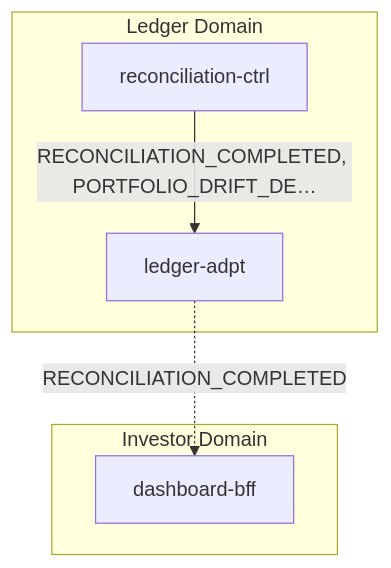
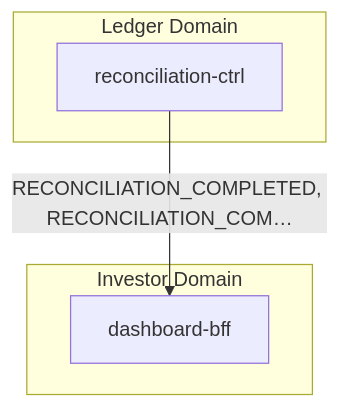
One commit to fabio-vitali/nestfolio changed the first of 2 diagrams in docs/data-flows/reconciliation.md. Above: the diagram before and after it, drawn with Mermaid. The commit also changed other lines of this file and 19 other files, not shown here.

First line of the commit message:
docs(flows): update flow specs and schema for pull model adapter routing

````diff
--- a/docs/data-flows/reconciliation.md
+++ b/docs/data-flows/reconciliation.md
@@ -11,12 +11,10 @@
 ```mermaid
 flowchart TD
     subgraph ledger["Ledger Domain"]
         reconciliation_ctrl["reconciliation-ctrl"]
-        ledger_adpt["ledger-adpt"]
     end
     subgraph investor["Investor Domain"]
         dashboard_bff["dashboard-bff"]
     end
-    reconciliation_ctrl -->|"RECONCILIATION_COMPLETED, PORTFOLIO_DRIFT_DE…"| ledger_adpt
-    ledger_adpt -.->|"RECONCILIATION_COMPLETED"| dashboard_bff
+    reconciliation_ctrl -->|"RECONCILIATION_COMPLETED, RECONCILIATION_COM…"| dashboard_bff
 ```
````
